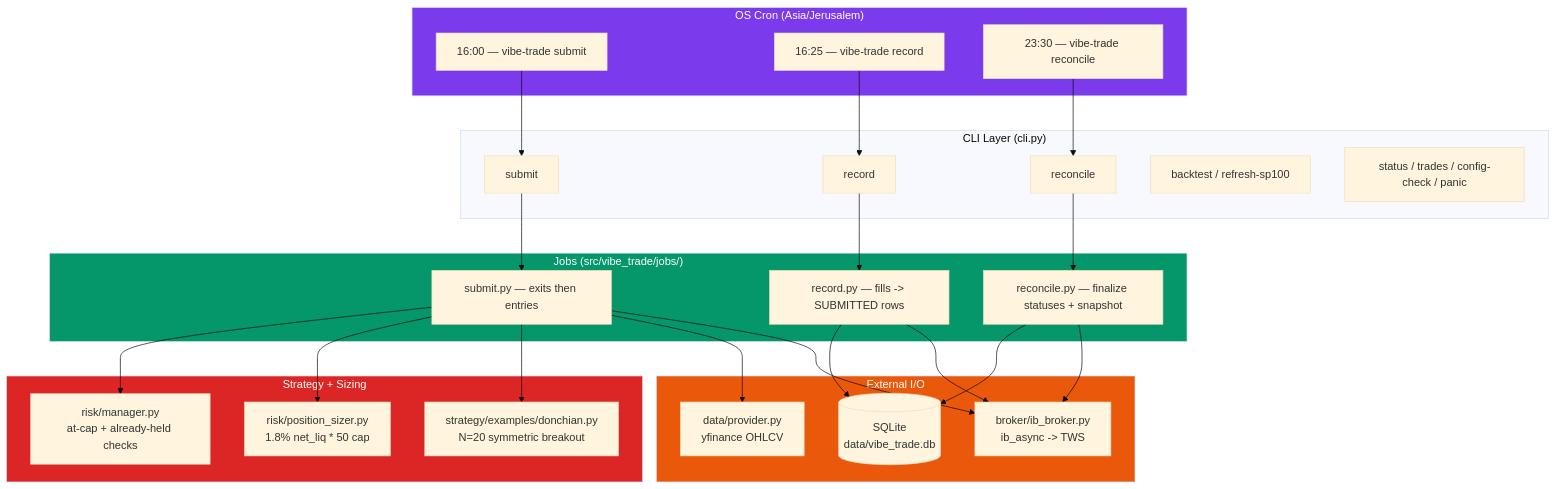
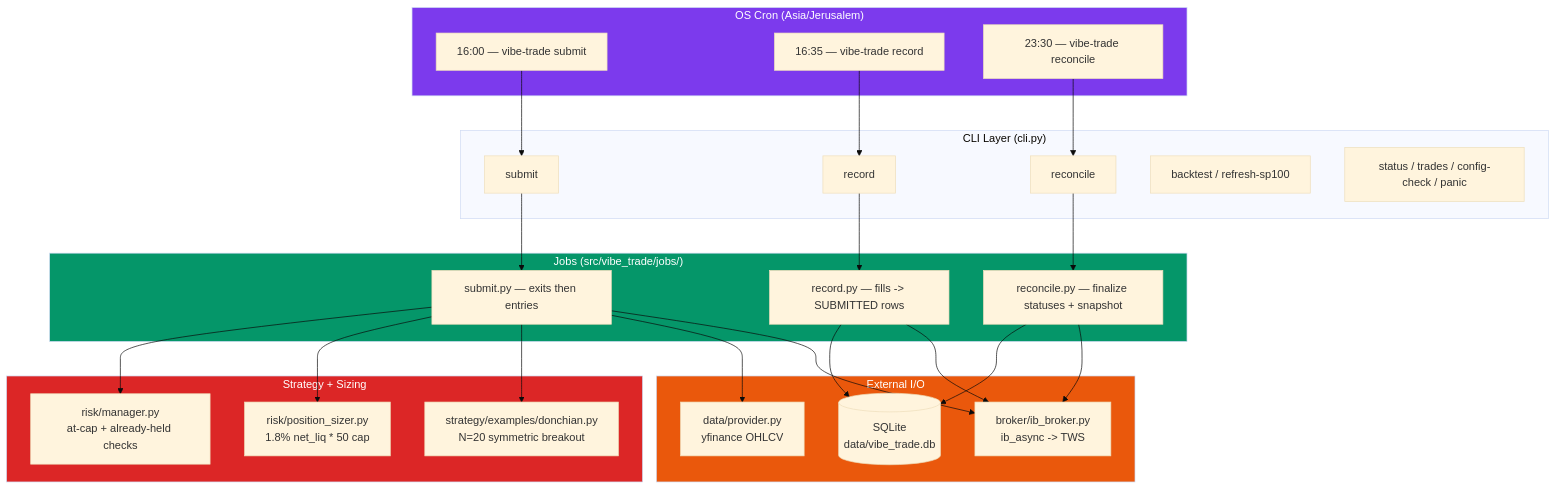
One commit to blackjek23/vibe_trade changed the first of 4 diagrams in PROJECT_MAP.md. Above: the diagram before and after it, drawn with Mermaid (base theme). The commit also changed other lines of this file and 15 other files, not shown here.

````diff
--- a/PROJECT_MAP.md
+++ b/PROJECT_MAP.md
@@ -13,55 +13,55 @@
 ```mermaid
 flowchart TD
     subgraph Cron["OS Cron (Asia/Jerusalem)"]
         CRON_S["16:00 — vibe-trade submit"]
-        CRON_R["16:25 — vibe-trade record"]
+        CRON_R["16:35 — vibe-trade record"]
         CRON_X["23:30 — vibe-trade reconcile"]
     end
 
     subgraph CLI["CLI Layer (cli.py)"]
         SUB_CMD["submit"]
         REC_CMD["record"]
         RCN_CMD["reconcile"]
         BT_CMD["backtest / refresh-sp100"]
         UTIL_CMD["status / trades / config-check / panic"]
     end
 
     subgraph Jobs["Jobs (src/vibe_trade/jobs/)"]
         SUB["submit.py — exits then entries"]
         REC["record.py — fills -> SUBMITTED rows"]
         RCN["reconcile.py — finalize statuses + snapshot"]
     end
 
     subgraph Brain["Strategy + Sizing"]
         DON["strategy/examples/donchian.py\nN=20 symmetric breakout"]
         SIZE["risk/position_sizer.py\n1.8% net_liq * 50 cap"]
         RM["risk/manager.py\nat-cap + already-held checks"]
     end
 
     subgraph IO["External I/O"]
         IB["broker/ib_broker.py\nib_async -> TWS"]
         YF["data/provider.py\nyfinance OHLCV"]
         DB[("SQLite\ndata/vibe_trade.db")]
     end
 
     CRON_S --> SUB_CMD --> SUB
     CRON_R --> REC_CMD --> REC
     CRON_X --> RCN_CMD --> RCN
 
     SUB --> IB
     SUB --> YF
     SUB --> DON
     SUB --> SIZE
     SUB --> RM
 
     REC --> IB
     REC --> DB
 
     RCN --> IB
     RCN --> DB
 
     style Cron fill:#7c3aed,color:#fff
     style Jobs fill:#059669,color:#fff
     style Brain fill:#dc2626,color:#fff
     style IO fill:#ea580c,color:#fff
 ```
````
